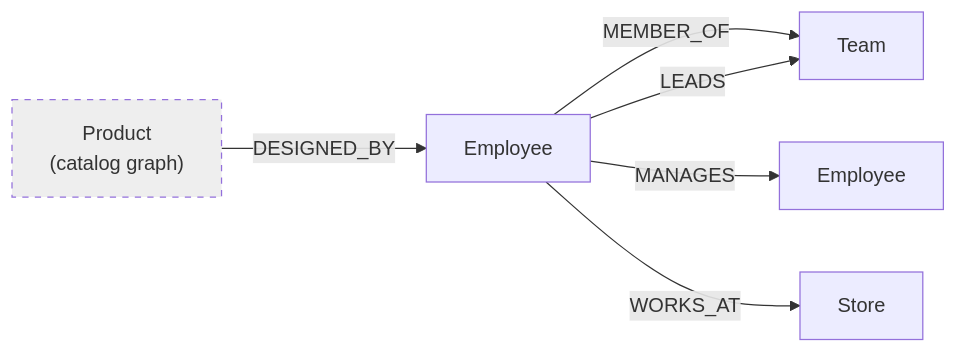
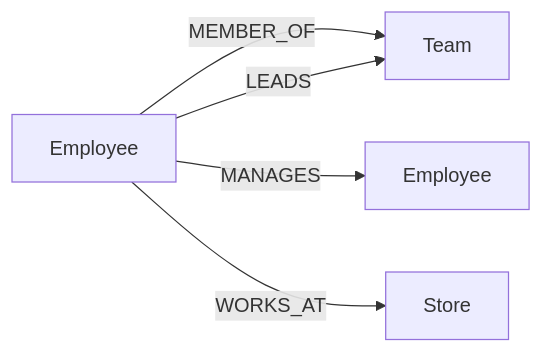
The fourth of 4 diagrams in site/content/agentic-ai-suite/tutorials/from-postgresql-to-graph-powered-catalog/graph-visualizer.md (arangodb/docs-hugo), drawn with Mermaid before and after one commit. The commit also changed other lines of this file and 9 other files, not shown here.

````diff
--- a/site/content/agentic-ai-suite/tutorials/from-postgresql-to-graph-powered-catalog/graph-visualizer.md
+++ b/site/content/agentic-ai-suite/tutorials/from-postgresql-to-graph-powered-catalog/graph-visualizer.md
@@ -236,16 +238,12 @@
 ```mermaid
 graph LR
-  Product["Product<br/>(catalog graph)"]:::external
   Employee["Employee"]
   Reports["Employee"]
   Team["Team"]
   Store["Store"]
 
-  Product -->|DESIGNED_BY| Employee
   Employee -->|MEMBER_OF| Team
   Employee -->|LEADS| Team
   Employee -->|MANAGES| Reports
   Employee -->|WORKS_AT| Store
-
-  classDef external stroke-dasharray: 5 5,fill:#eee;
 ```
````
